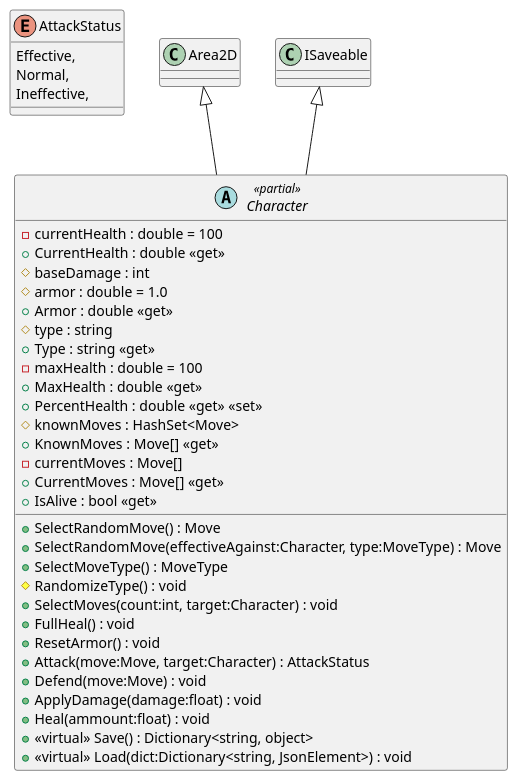
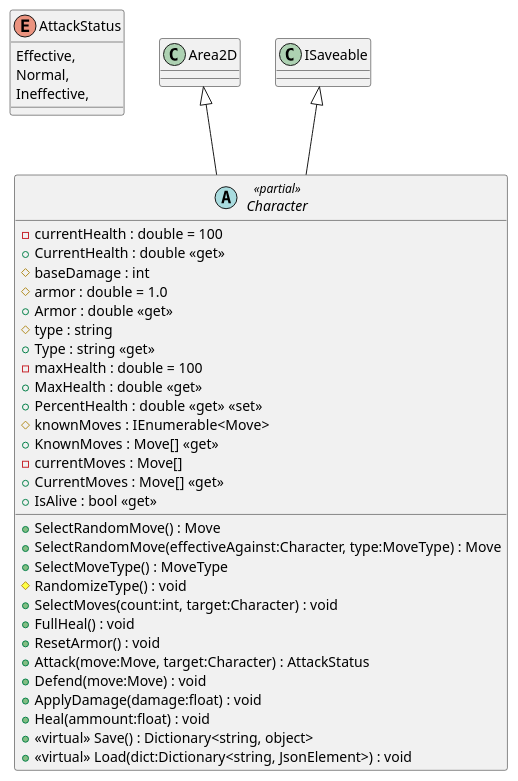
Before and after one commit to Leximon-SWE-2025/Leximon: the diagram in PlantUML/scenes/Character.puml, drawn with PlantUML. The commit also changed 4 other files, not shown here.

Commit message:
update class diagram

```diff
--- a/PlantUML/scenes/Character.puml
+++ b/PlantUML/scenes/Character.puml
@@ -1,39 +1,39 @@
 @startuml
 enum AttackStatus {
     Effective,
     Normal,
     Ineffective,
 }
 abstract class Character <<partial>> {
     - currentHealth : double = 100
     + CurrentHealth : double <<get>>
     # baseDamage : int
     # armor : double = 1.0
     + Armor : double <<get>>
     # type : string
     + Type : string <<get>>
     - maxHealth : double = 100
     + MaxHealth : double <<get>>
     + PercentHealth : double <<get>> <<set>>
-    # knownMoves : HashSet<Move>
+    # knownMoves : IEnumerable<Move>
     + KnownMoves : Move[] <<get>>
     - currentMoves : Move[]
     + CurrentMoves : Move[] <<get>>
     + IsAlive : bool <<get>>
     + SelectRandomMove() : Move
     + SelectRandomMove(effectiveAgainst:Character, type:MoveType) : Move
     + SelectMoveType() : MoveType
     # RandomizeType() : void
     + SelectMoves(count:int, target:Character) : void
     + FullHeal() : void
     + ResetArmor() : void
     + Attack(move:Move, target:Character) : AttackStatus
     + Defend(move:Move) : void
     + ApplyDamage(damage:float) : void
     + Heal(ammount:float) : void
     + <<virtual>> Save() : Dictionary<string, object>
     + <<virtual>> Load(dict:Dictionary<string, JsonElement>) : void
 }
 Area2D <|-- Character
 ISaveable <|-- Character
 @enduml
```
